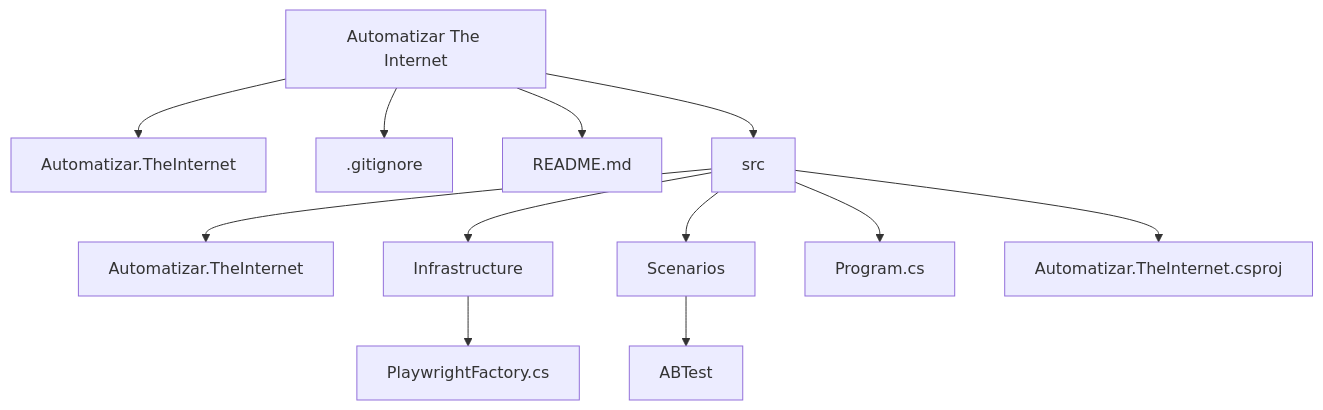
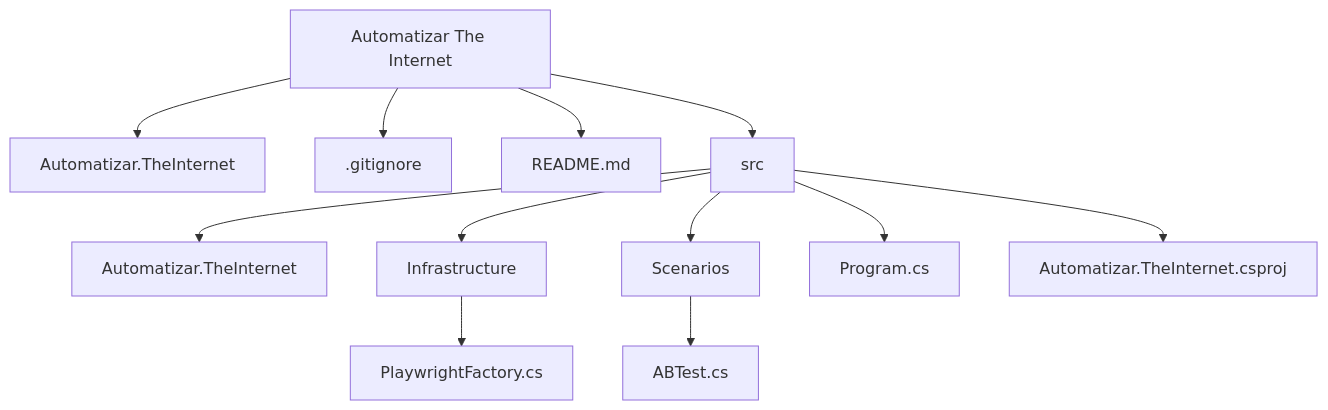
One commit to Galozi-Rafael/Automatizar-The-Internet changed the diagram in README.md. Above: the diagram before and after it, drawn with Mermaid.

Commit message:
fix: Correção de erro de digitação.

````diff
--- a/README.md
+++ b/README.md
@@ -29,15 +29,15 @@
 ``` mermaid
 flowchart TD
 
 A[Automatizar The Internet] --> B[Automatizar.TheInternet]
 A --> C[.gitignore]
 A --> D[README.md]
 A --> E[src]
 E --> F[Automatizar.TheInternet]
 E --> G[Infrastructure]
 E --> H[Scenarios]
 E --> I[Program.cs]
 E --> J[Automatizar.TheInternet.csproj]
 G --> K[PlaywrightFactory.cs]
-H --> L[ABTest]
+H --> L[ABTest.cs]
 ```
````
